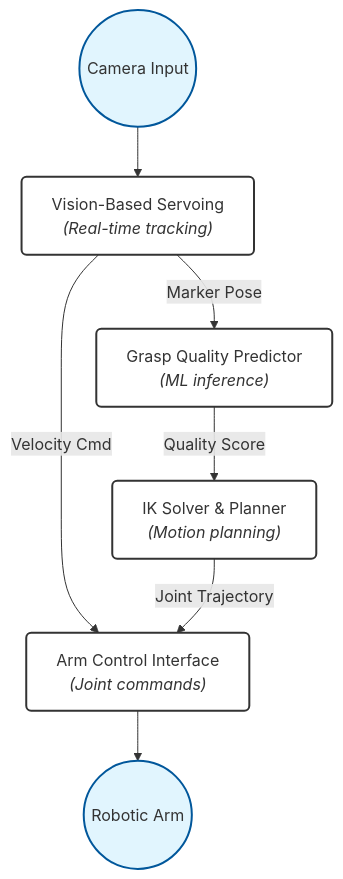
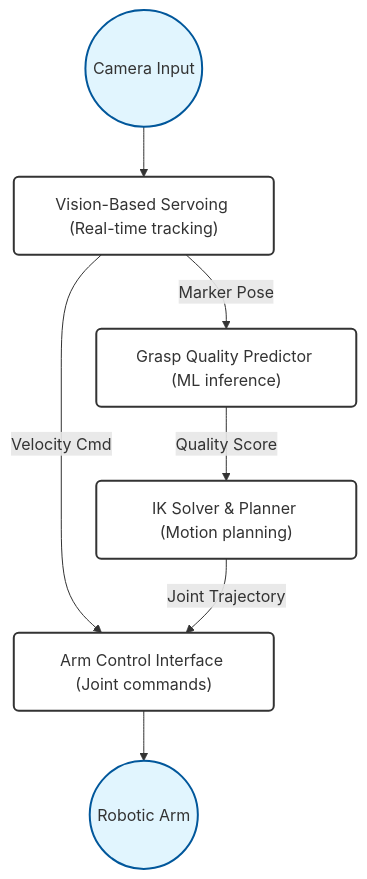
The first of 3 diagrams in docs/ARCHITECTURE.md (dikshajangam26/grasp-system), drawn with Mermaid before and after one commit. The commit also changed other lines of this file, not shown here.

Commit message:
docs: add system architecture diagrams

````diff
--- a/docs/ARCHITECTURE.md
+++ b/docs/ARCHITECTURE.md
@@ -6,26 +6,26 @@
 ```mermaid
 graph TD
     %% Styling
     classDef hardware fill:#e1f5fe,stroke:#01579b,stroke-width:2px
     classDef software fill:#ffffff,stroke:#333333,stroke-width:2px,rx:5,ry:5
 
-    %% Nodes - Note the double quotes around text with HTML!
+    %% Nodes - HTML removed for GitHub compatibility
     Cam(("Camera Input")):::hardware
-    Vision["Vision-Based Servoing<br/><i>(Real-time tracking)</i>"]:::software
-    Predictor["Grasp Quality Predictor<br/><i>(ML inference)</i>"]:::software
-    IK["IK Solver & Planner<br/><i>(Motion planning)</i>"]:::software
-    ArmCtrl["Arm Control Interface<br/><i>(Joint commands)</i>"]:::software
+    Vision["Vision-Based Servoing (Real-time tracking)"]:::software
+    Predictor["Grasp Quality Predictor (ML inference)"]:::software
+    IK["IK Solver & Planner (Motion planning)"]:::software
+    ArmCtrl["Arm Control Interface (Joint commands)"]:::software
     Robot(("Robotic Arm")):::hardware
 
     %% Edges
     Cam --> Vision
     
     Vision -- "Velocity Cmd" --> ArmCtrl
     Vision -- "Marker Pose" --> Predictor
     
     Predictor -- "Quality Score" --> IK
     
     IK -- "Joint Trajectory" --> ArmCtrl
     
     ArmCtrl --> Robot
 ```
````
